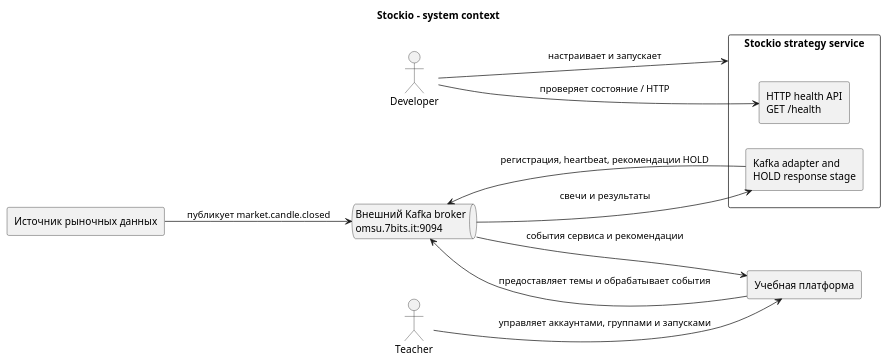
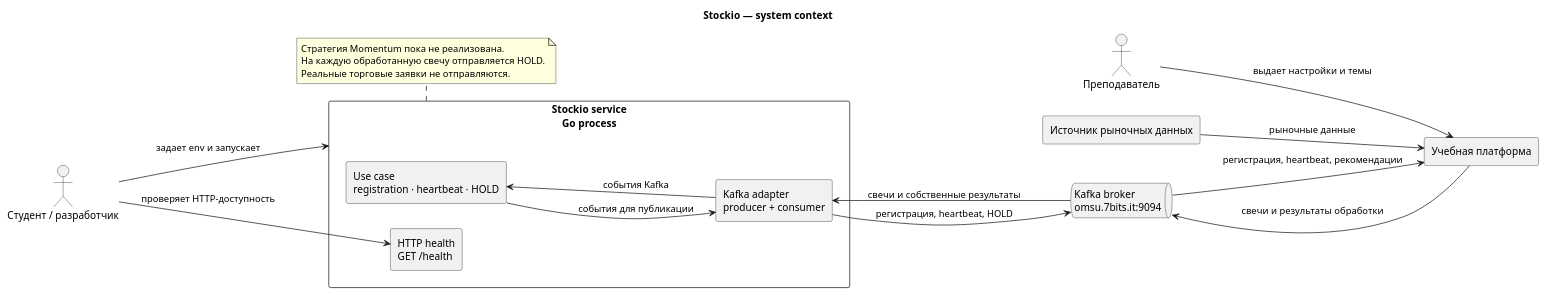
Before and after one commit to Team-ReBOOT-Academy/Stockio: the diagram in docs/diagrams/context.puml, drawn with PlantUML. The commit also changed 36 other files, not shown here.

```diff
--- a/docs/diagrams/context.puml
+++ b/docs/diagrams/context.puml
@@ -1,26 +1,36 @@
 @startuml Stockio_Context
 left to right direction
 skinparam componentStyle rectangle
+skinparam shadowing false
 
-title Stockio - system context
+title Stockio — system context
 
-actor Developer as dev
-actor Teacher as teacher
-rectangle "Stockio strategy service" as stockio {
-  component "HTTP health API\nGET /health" as health
-  component "Kafka adapter and\nHOLD response stage" as service
+actor "Студент / разработчик" as developer
+actor "Преподаватель" as teacher
+rectangle "Stockio service\nGo process" as stockio {
+  component "Use case\nregistration · heartbeat · HOLD" as service
+  component "Kafka adapter\nproducer + consumer" as adapter
+  component "HTTP health\nGET /health" as health
 }
 rectangle "Учебная платформа" as platform
-queue "Внешний Kafka broker\nomsu.7bits.it:9094" as kafka
+queue "Kafka broker\nomsu.7bits.it:9094" as kafka
 rectangle "Источник рыночных данных" as market
 
-dev --> stockio : настраивает и запускает
-dev --> health : проверяет состояние / HTTP
-teacher --> platform : управляет аккаунтами, группами и запусками
-market --> kafka : публикует market.candle.closed
-platform --> kafka : предоставляет темы и обрабатывает события
-kafka --> service : свечи и результаты
-service --> kafka : регистрация, heartbeat, рекомендации HOLD
-kafka --> platform : события сервиса и рекомендации
+developer --> stockio : задает env и запускает
+developer --> health : проверяет HTTP-доступность
+teacher --> platform : выдает настройки и темы
+market --> platform : рыночные данные
+platform --> kafka : свечи и результаты обработки
+kafka --> platform : регистрация, heartbeat, рекомендации
+kafka --> adapter : свечи и собственные результаты
+adapter --> kafka : регистрация, heartbeat, HOLD
+adapter --> service : события Kafka
+service --> adapter : события для публикации
+
+note bottom of stockio
+  Стратегия Momentum пока не реализована.
+  На каждую обработанную свечу отправляется HOLD.
+  Реальные торговые заявки не отправляются.
+end note
 
 @enduml
```
